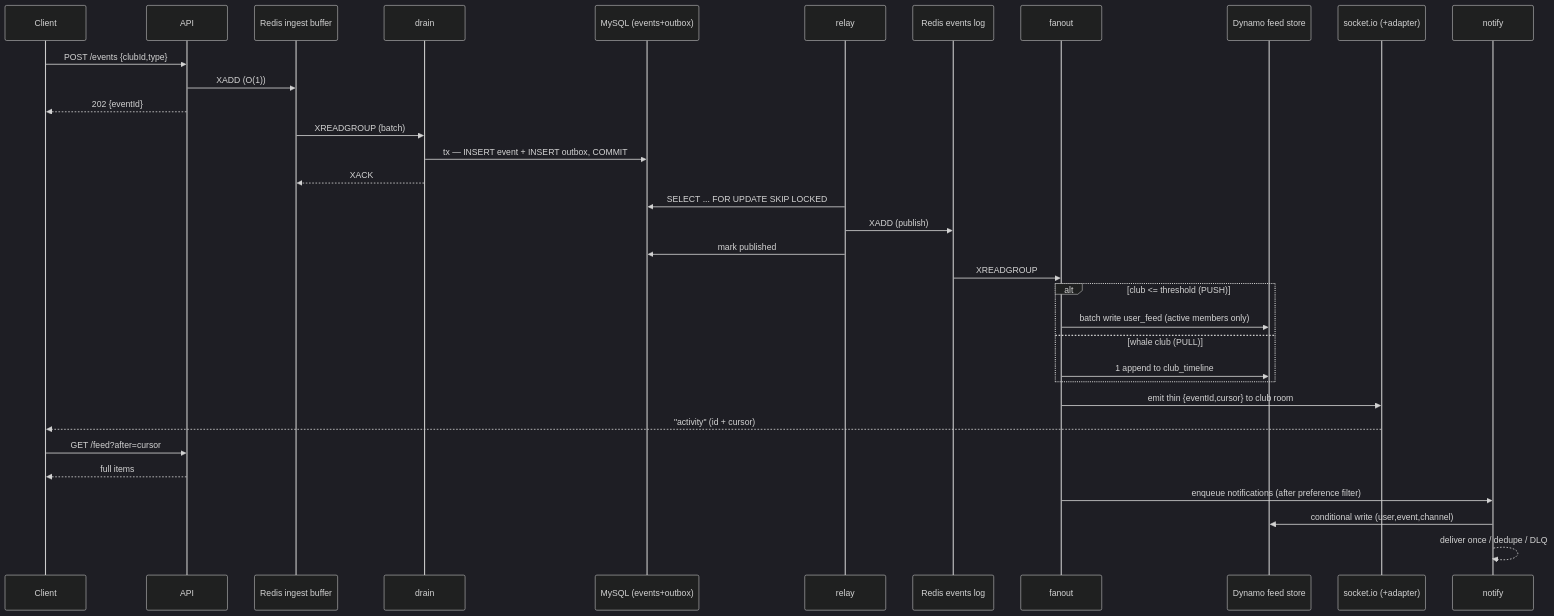
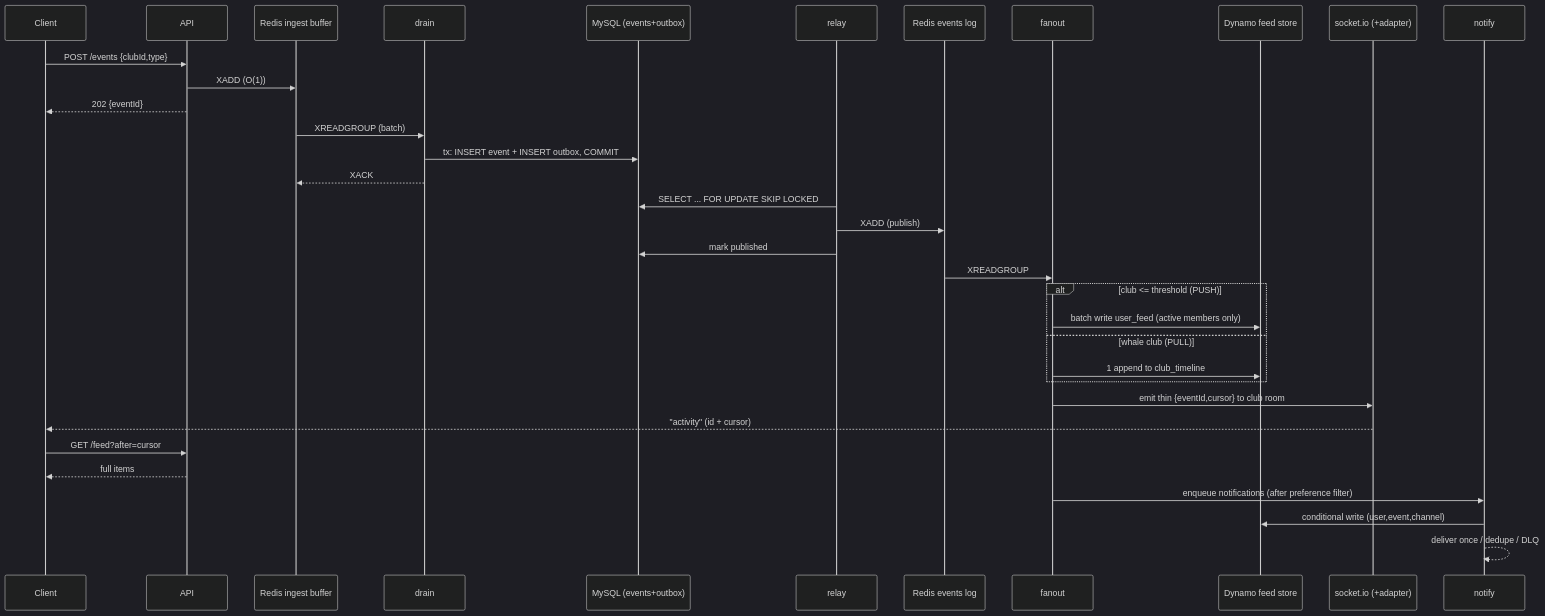
Before and after one commit to nairdrie/chess-club-activity-feed: the second of 2 diagrams in README.md, drawn with Mermaid (dark theme). The commit also changed other lines of this file, not shown here.

````diff
--- a/README.md
+++ b/README.md
@@ -154,37 +154,37 @@
 ```mermaid
 sequenceDiagram
   participant C as Client
   participant API
   participant IB as Redis ingest buffer
   participant D as drain
   participant DB as MySQL (events+outbox)
   participant R as relay
   participant EV as Redis events log
   participant F as fanout
   participant FS as Dynamo feed store
   participant RT as socket.io (+adapter)
   participant N as notify
 
   C->>API: POST /events {clubId,type}
   API->>IB: XADD (O(1))
   API-->>C: 202 {eventId}   # returns immediately, never touches DB
   IB->>D: XREADGROUP (batch)
-  D->>DB: tx — INSERT event + INSERT outbox, COMMIT
+  D->>DB: tx: INSERT event + INSERT outbox, COMMIT
   D-->>IB: XACK  # only after durable write (no loss window)
   R->>DB: SELECT ... FOR UPDATE SKIP LOCKED
   R->>EV: XADD (publish)
   R->>DB: mark published
   EV->>F: XREADGROUP
   alt club <= threshold (PUSH)
     F->>FS: batch write user_feed (active members only)
   else whale club (PULL)
     F->>FS: 1 append to club_timeline
   end
   F->>RT: emit thin {eventId,cursor} to club room
   RT-->>C: "activity" (id + cursor)
   C->>API: GET /feed?after=cursor  # backfill body via read path
   API-->>C: full items
   F->>N: enqueue notifications (after preference filter)
   N->>FS: conditional write (user,event,channel)
   N-->>N: deliver once / dedupe / DLQ
 ```
````
